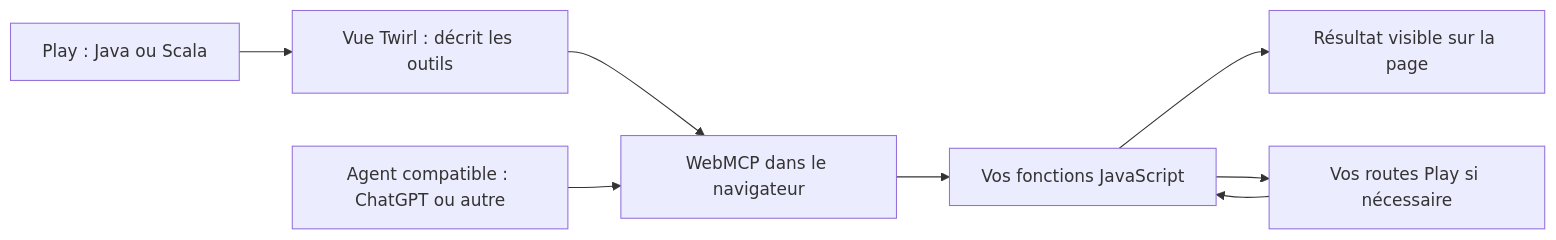
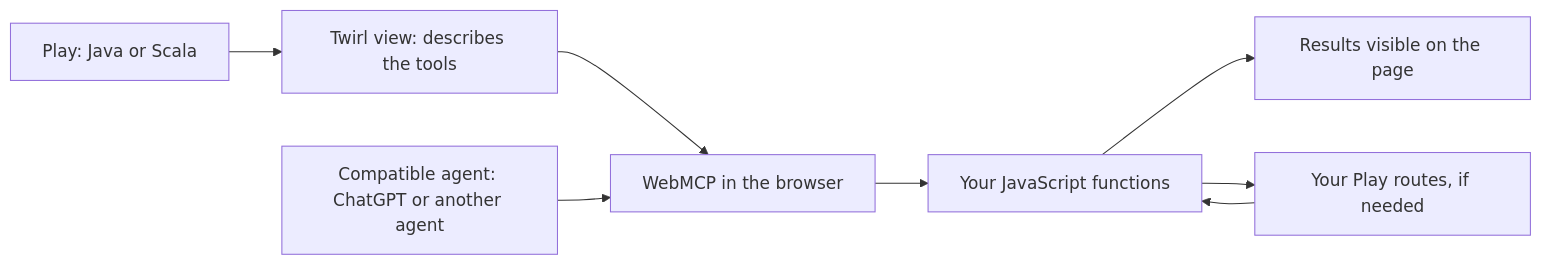
The first of 2 diagrams in README.md (AlexusEl/play-webmcp), drawn with Mermaid before and after one commit. The commit also changed other lines of this file, not shown here.

````diff
--- a/README.md
+++ b/README.md
@@ -18,10 +18,10 @@
 ```mermaid
 flowchart LR
-    P["Play : Java ou Scala"] --> V["Vue Twirl : décrit les outils"]
-    V --> B["WebMCP dans le navigateur"]
-    A["Agent compatible : ChatGPT ou autre"] --> B
-    B --> J["Vos fonctions JavaScript"]
-    J --> U["Résultat visible sur la page"]
-    J --> R["Vos routes Play si nécessaire"]
+    P["Play: Java or Scala"] --> V["Twirl view: describes the tools"]
+    V --> B["WebMCP in the browser"]
+    A["Compatible agent: ChatGPT or another agent"] --> B
+    B --> J["Your JavaScript functions"]
+    J --> U["Results visible on the page"]
+    J --> R["Your Play routes, if needed"]
     R --> J
 ```
````
